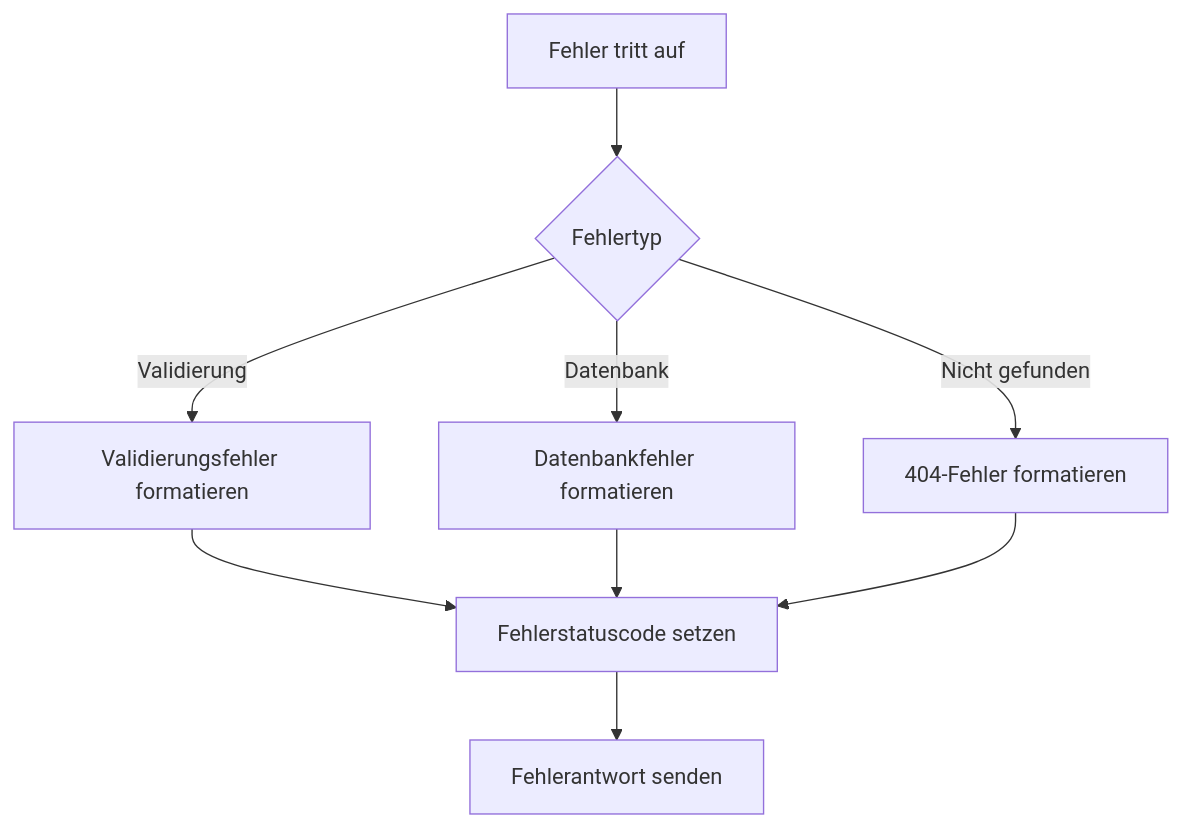
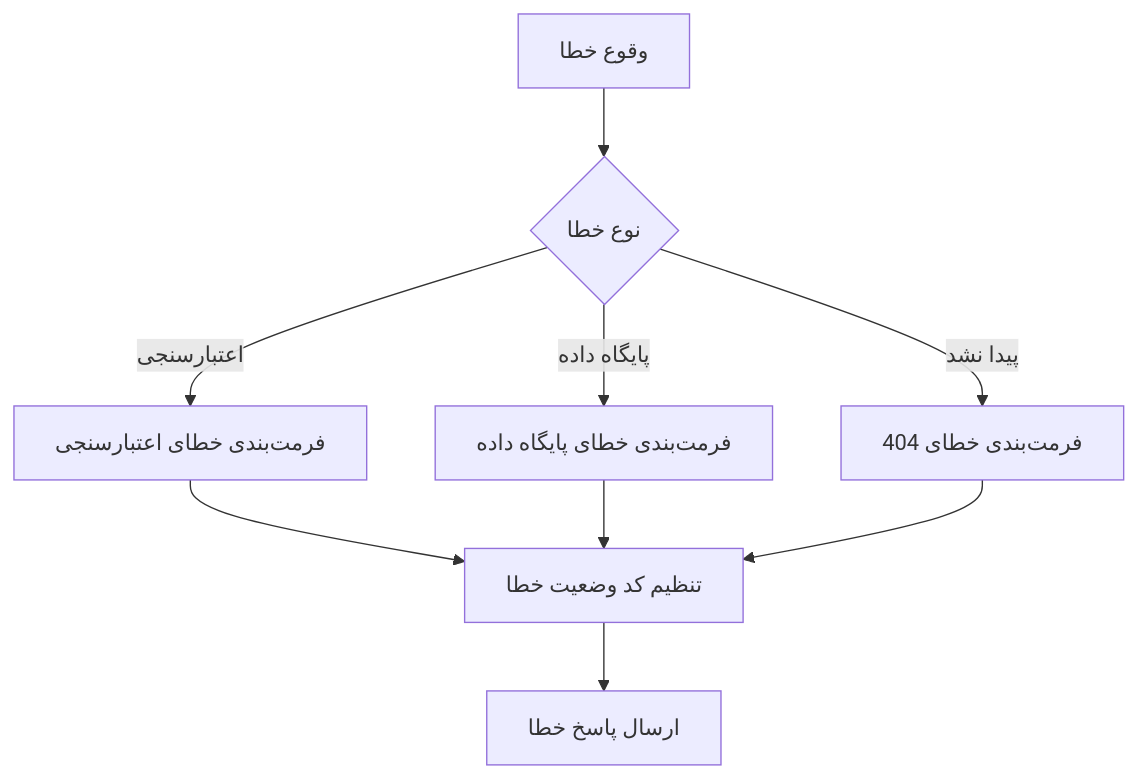
The third of 4 diagrams in DOCUMENTATION.de.md (secure73/MicrosPy), drawn with Mermaid before and after one commit. The commit also changed other lines of this file and 2 other files, not shown here.

````diff
--- a/DOCUMENTATION.de.md
+++ b/DOCUMENTATION.de.md
@@ -571,11 +573,11 @@
 ```mermaid
 graph TD
-    A[Fehler tritt auf] --> B{Fehlertyp}
-    B -->|Validierung| C[Validierungsfehler formatieren]
-    B -->|Datenbank| D[Datenbankfehler formatieren]
-    B -->|Nicht gefunden| E[404-Fehler formatieren]
-    C --> F[Fehlerstatuscode setzen]
+    A[وقوع خطا] --> B{نوع خطا}
+    B -->|اعتبارسنجی| C[فرمت‌بندی خطای اعتبارسنجی]
+    B -->|پایگاه داده| D[فرمت‌بندی خطای پایگاه داده]
+    B -->|پیدا نشد| E[فرمت‌بندی خطای 404]
+    C --> F[تنظیم کد وضعیت خطا]
     D --> F
     E --> F
-    F --> G[Fehlerantwort senden]
+    F --> G[ارسال پاسخ خطا]
 ```
````
